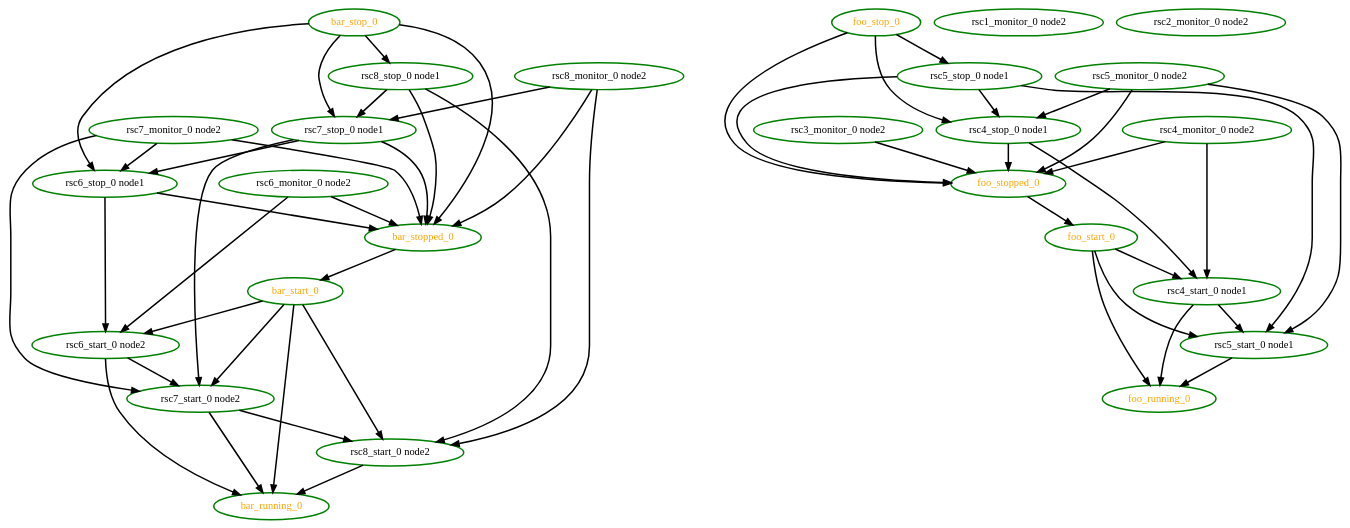
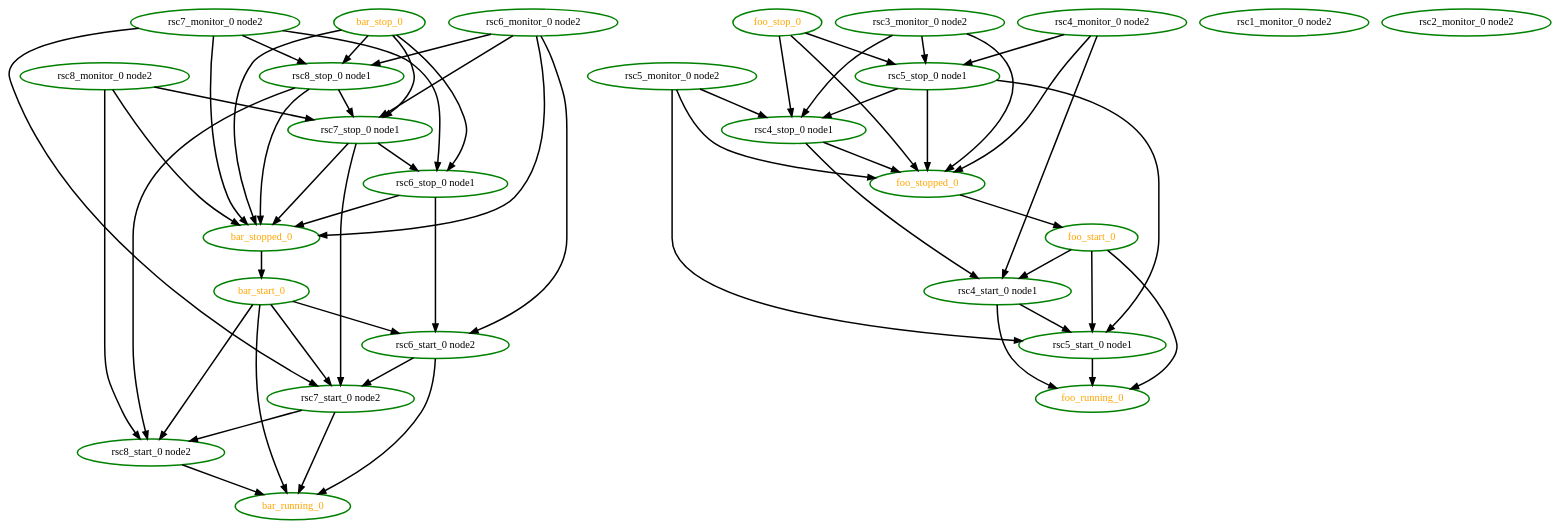
One commit to ClusterLabs/pacemaker changed the diagram in cts/scheduler/group9.dot. Above: the diagram before and after it, drawn with Graphviz. The commit also changed 13 other files, not shown here.

```diff
--- a/cts/scheduler/group9.dot
+++ b/cts/scheduler/group9.dot
@@ -1,79 +1,85 @@
  digraph "g" {
 "bar_running_0" [ style=bold color="green" fontcolor="orange" ]
 "bar_start_0" -> "bar_running_0" [ style = bold]
 "bar_start_0" -> "rsc6_start_0 node2" [ style = bold]
 "bar_start_0" -> "rsc7_start_0 node2" [ style = bold]
 "bar_start_0" -> "rsc8_start_0 node2" [ style = bold]
 "bar_start_0" [ style=bold color="green" fontcolor="orange" ]
 "bar_stop_0" -> "bar_stopped_0" [ style = bold]
 "bar_stop_0" -> "rsc6_stop_0 node1" [ style = bold]
 "bar_stop_0" -> "rsc7_stop_0 node1" [ style = bold]
 "bar_stop_0" -> "rsc8_stop_0 node1" [ style = bold]
 "bar_stop_0" [ style=bold color="green" fontcolor="orange" ]
 "bar_stopped_0" -> "bar_start_0" [ style = bold]
 "bar_stopped_0" [ style=bold color="green" fontcolor="orange" ]
 "foo_running_0" [ style=bold color="green" fontcolor="orange" ]
 "foo_start_0" -> "foo_running_0" [ style = bold]
 "foo_start_0" -> "rsc4_start_0 node1" [ style = bold]
 "foo_start_0" -> "rsc5_start_0 node1" [ style = bold]
 "foo_start_0" [ style=bold color="green" fontcolor="orange" ]
 "foo_stop_0" -> "foo_stopped_0" [ style = bold]
 "foo_stop_0" -> "rsc4_stop_0 node1" [ style = bold]
 "foo_stop_0" -> "rsc5_stop_0 node1" [ style = bold]
 "foo_stop_0" [ style=bold color="green" fontcolor="orange" ]
 "foo_stopped_0" -> "foo_start_0" [ style = bold]
 "foo_stopped_0" [ style=bold color="green" fontcolor="orange" ]
 "rsc1_monitor_0 node2" [ style=bold color="green" fontcolor="black" ]
 "rsc2_monitor_0 node2" [ style=bold color="green" fontcolor="black" ]
 "rsc3_monitor_0 node2" -> "foo_stopped_0" [ style = bold]
+"rsc3_monitor_0 node2" -> "rsc4_stop_0 node1" [ style = bold]
+"rsc3_monitor_0 node2" -> "rsc5_stop_0 node1" [ style = bold]
 "rsc3_monitor_0 node2" [ style=bold color="green" fontcolor="black" ]
 "rsc4_monitor_0 node2" -> "foo_stopped_0" [ style = bold]
 "rsc4_monitor_0 node2" -> "rsc4_start_0 node1" [ style = bold]
+"rsc4_monitor_0 node2" -> "rsc5_stop_0 node1" [ style = bold]
 "rsc4_monitor_0 node2" [ style=bold color="green" fontcolor="black" ]
 "rsc4_start_0 node1" -> "foo_running_0" [ style = bold]
 "rsc4_start_0 node1" -> "rsc5_start_0 node1" [ style = bold]
 "rsc4_start_0 node1" [ style=bold color="green" fontcolor="black" ]
 "rsc4_stop_0 node1" -> "foo_stopped_0" [ style = bold]
 "rsc4_stop_0 node1" -> "rsc4_start_0 node1" [ style = bold]
 "rsc4_stop_0 node1" [ style=bold color="green" fontcolor="black" ]
 "rsc5_monitor_0 node2" -> "foo_stopped_0" [ style = bold]
 "rsc5_monitor_0 node2" -> "rsc4_stop_0 node1" [ style = bold]
 "rsc5_monitor_0 node2" -> "rsc5_start_0 node1" [ style = bold]
 "rsc5_monitor_0 node2" [ style=bold color="green" fontcolor="black" ]
 "rsc5_start_0 node1" -> "foo_running_0" [ style = bold]
 "rsc5_start_0 node1" [ style=bold color="green" fontcolor="black" ]
 "rsc5_stop_0 node1" -> "foo_stopped_0" [ style = bold]
 "rsc5_stop_0 node1" -> "rsc4_stop_0 node1" [ style = bold]
 "rsc5_stop_0 node1" -> "rsc5_start_0 node1" [ style = bold]
 "rsc5_stop_0 node1" [ style=bold color="green" fontcolor="black" ]
 "rsc6_monitor_0 node2" -> "bar_stopped_0" [ style = bold]
 "rsc6_monitor_0 node2" -> "rsc6_start_0 node2" [ style = bold]
+"rsc6_monitor_0 node2" -> "rsc7_stop_0 node1" [ style = bold]
+"rsc6_monitor_0 node2" -> "rsc8_stop_0 node1" [ style = bold]
 "rsc6_monitor_0 node2" [ style=bold color="green" fontcolor="black" ]
 "rsc6_start_0 node2" -> "bar_running_0" [ style = bold]
 "rsc6_start_0 node2" -> "rsc7_start_0 node2" [ style = bold]
 "rsc6_start_0 node2" [ style=bold color="green" fontcolor="black" ]
 "rsc6_stop_0 node1" -> "bar_stopped_0" [ style = bold]
 "rsc6_stop_0 node1" -> "rsc6_start_0 node2" [ style = bold]
 "rsc6_stop_0 node1" [ style=bold color="green" fontcolor="black" ]
 "rsc7_monitor_0 node2" -> "bar_stopped_0" [ style = bold]
 "rsc7_monitor_0 node2" -> "rsc6_stop_0 node1" [ style = bold]
 "rsc7_monitor_0 node2" -> "rsc7_start_0 node2" [ style = bold]
+"rsc7_monitor_0 node2" -> "rsc8_stop_0 node1" [ style = bold]
 "rsc7_monitor_0 node2" [ style=bold color="green" fontcolor="black" ]
 "rsc7_start_0 node2" -> "bar_running_0" [ style = bold]
 "rsc7_start_0 node2" -> "rsc8_start_0 node2" [ style = bold]
 "rsc7_start_0 node2" [ style=bold color="green" fontcolor="black" ]
 "rsc7_stop_0 node1" -> "bar_stopped_0" [ style = bold]
 "rsc7_stop_0 node1" -> "rsc6_stop_0 node1" [ style = bold]
 "rsc7_stop_0 node1" -> "rsc7_start_0 node2" [ style = bold]
 "rsc7_stop_0 node1" [ style=bold color="green" fontcolor="black" ]
 "rsc8_monitor_0 node2" -> "bar_stopped_0" [ style = bold]
 "rsc8_monitor_0 node2" -> "rsc7_stop_0 node1" [ style = bold]
 "rsc8_monitor_0 node2" -> "rsc8_start_0 node2" [ style = bold]
 "rsc8_monitor_0 node2" [ style=bold color="green" fontcolor="black" ]
 "rsc8_start_0 node2" -> "bar_running_0" [ style = bold]
 "rsc8_start_0 node2" [ style=bold color="green" fontcolor="black" ]
 "rsc8_stop_0 node1" -> "bar_stopped_0" [ style = bold]
 "rsc8_stop_0 node1" -> "rsc7_stop_0 node1" [ style = bold]
 "rsc8_stop_0 node1" -> "rsc8_start_0 node2" [ style = bold]
 "rsc8_stop_0 node1" [ style=bold color="green" fontcolor="black" ]
 }
```
